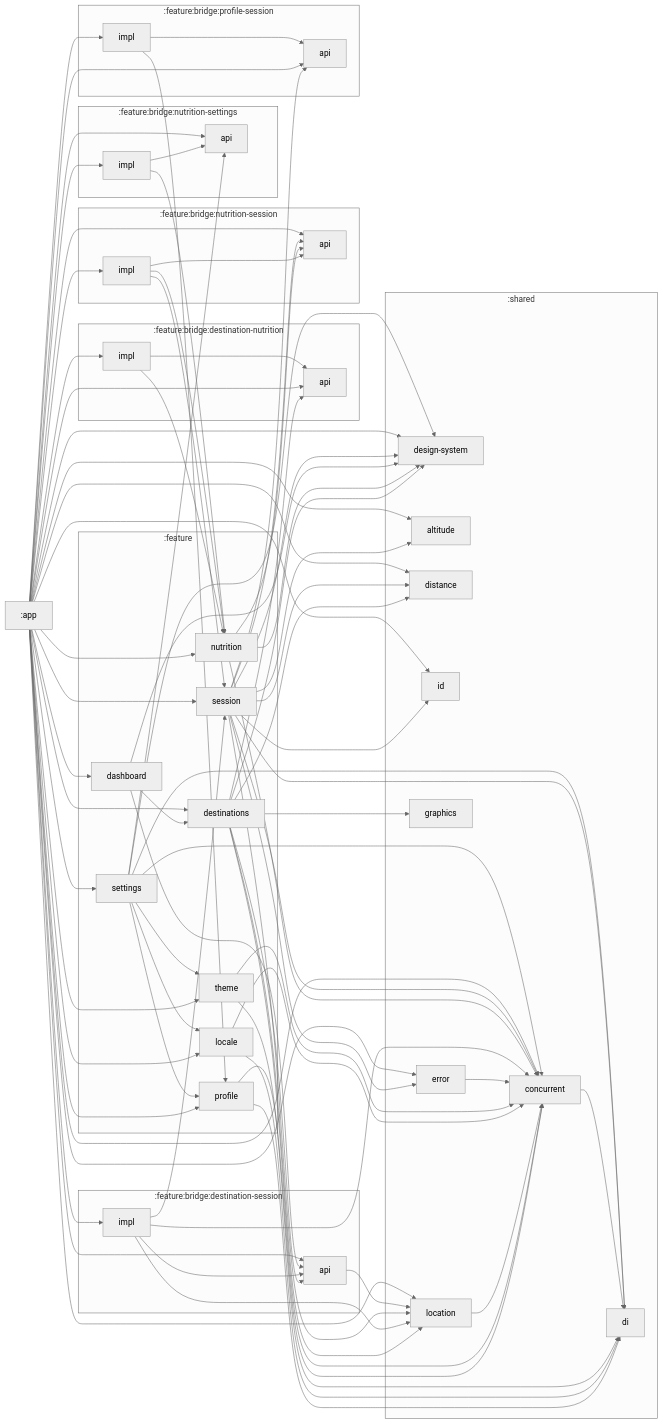
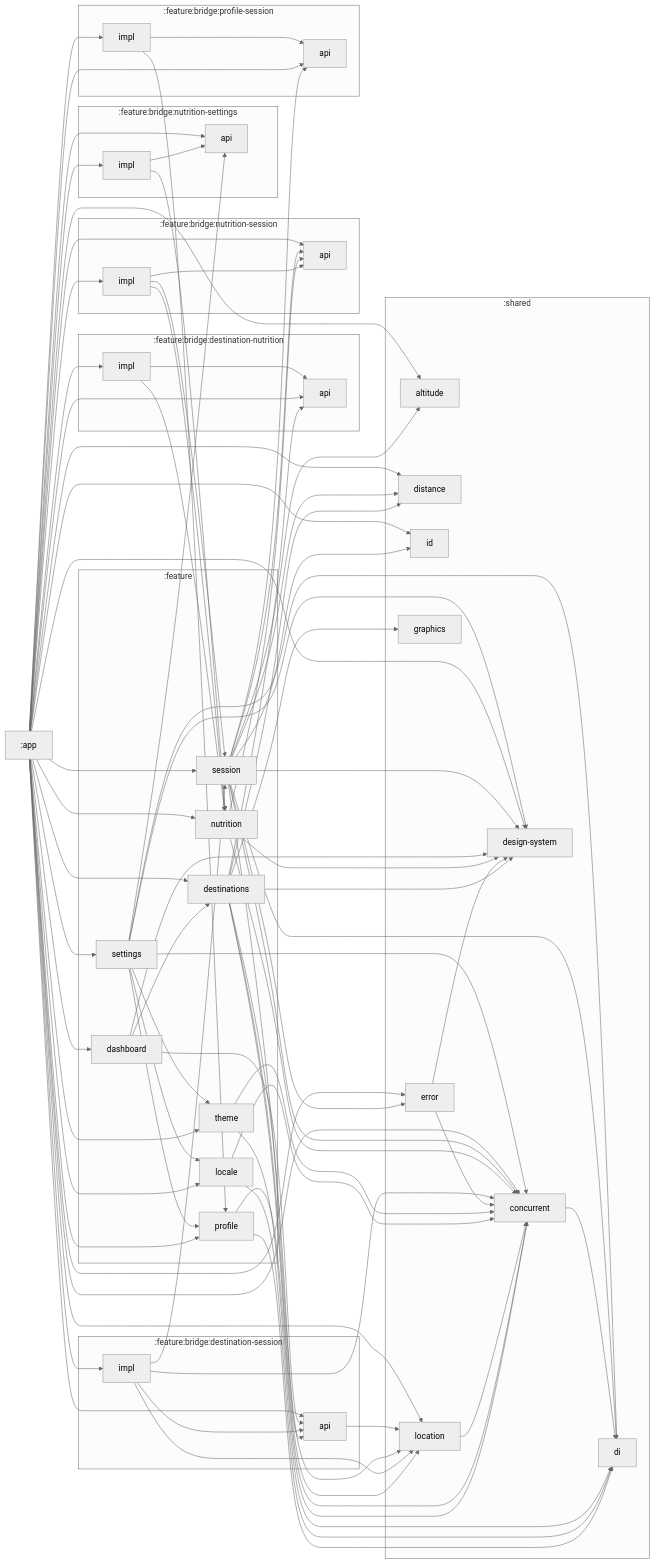
The diagram in docs/MODULE_GRAPH.md (koflox/cycling-assistant), drawn with Mermaid before and after one commit.

Commit message:
docs: update module dependency graph

```diff
--- a/docs/MODULE_GRAPH.md
+++ b/docs/MODULE_GRAPH.md
@@ -111,6 +111,7 @@
   :feature:bridge:nutrition-session:impl --> :feature:bridge:nutrition-session:api
   :feature:bridge:nutrition-session:impl --> :feature:session
   :shared:error --> :shared:concurrent
+  :shared:error --> :shared:design-system
   :feature:theme --> :shared:concurrent
   :feature:theme --> :shared:di
   :feature:locale --> :shared:concurrent
```
